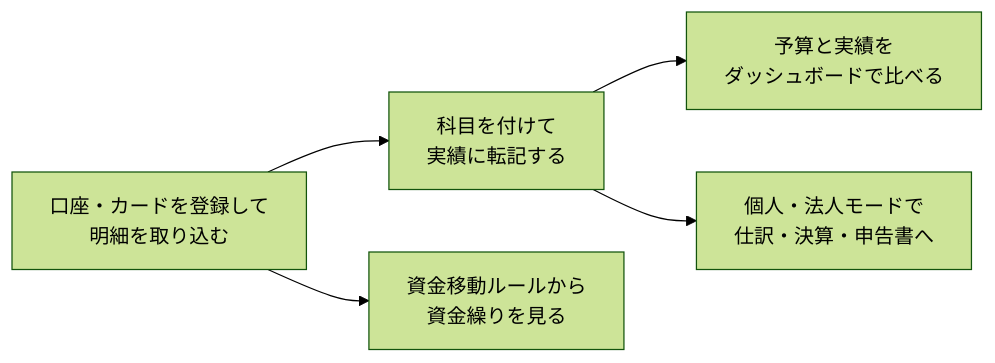
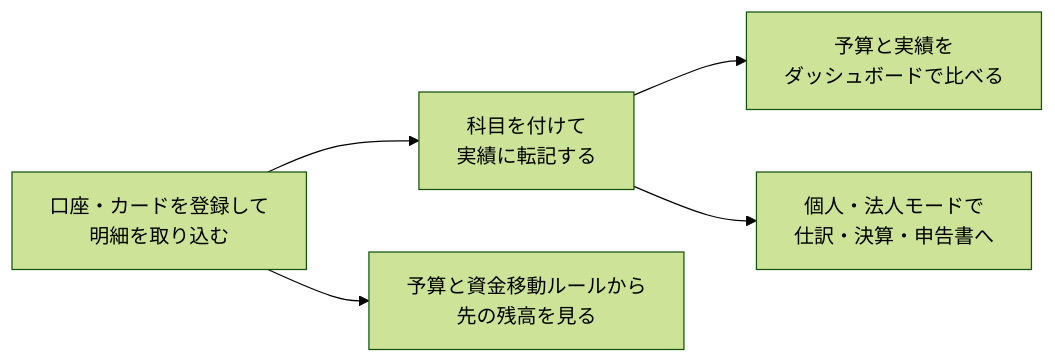
The first of 2 diagrams in readme.md (makoto-kamimura/docker_financial_management), drawn with Mermaid (forest theme) before and after one commit. The commit also changed other lines of this file and 25 other files, not shown here.

First line of the commit message:
chore: remove the funding plan, transfer schedule and flow diagram from the bank page

````diff
--- a/readme.md
+++ b/readme.md
@@ -80,7 +80,7 @@
 ```mermaid
 flowchart LR
   A["口座・カードを登録して<br/>明細を取り込む"] --> B["科目を付けて<br/>実績に転記する"]
   B --> C["予算と実績を<br/>ダッシュボードで比べる"]
-  A --> D["資金移動ルールから<br/>資金繰りを見る"]
+  A --> D["予算と資金移動ルールから<br/>先の残高を見る"]
   B --> E["個人・法人モードで<br/>仕訳・決算・申告書へ"]
 ```
````
